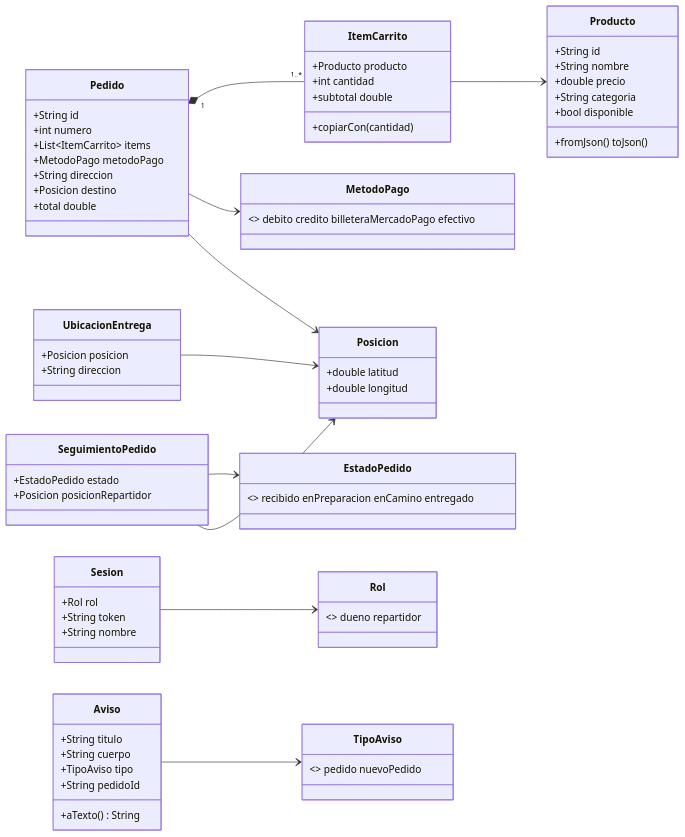
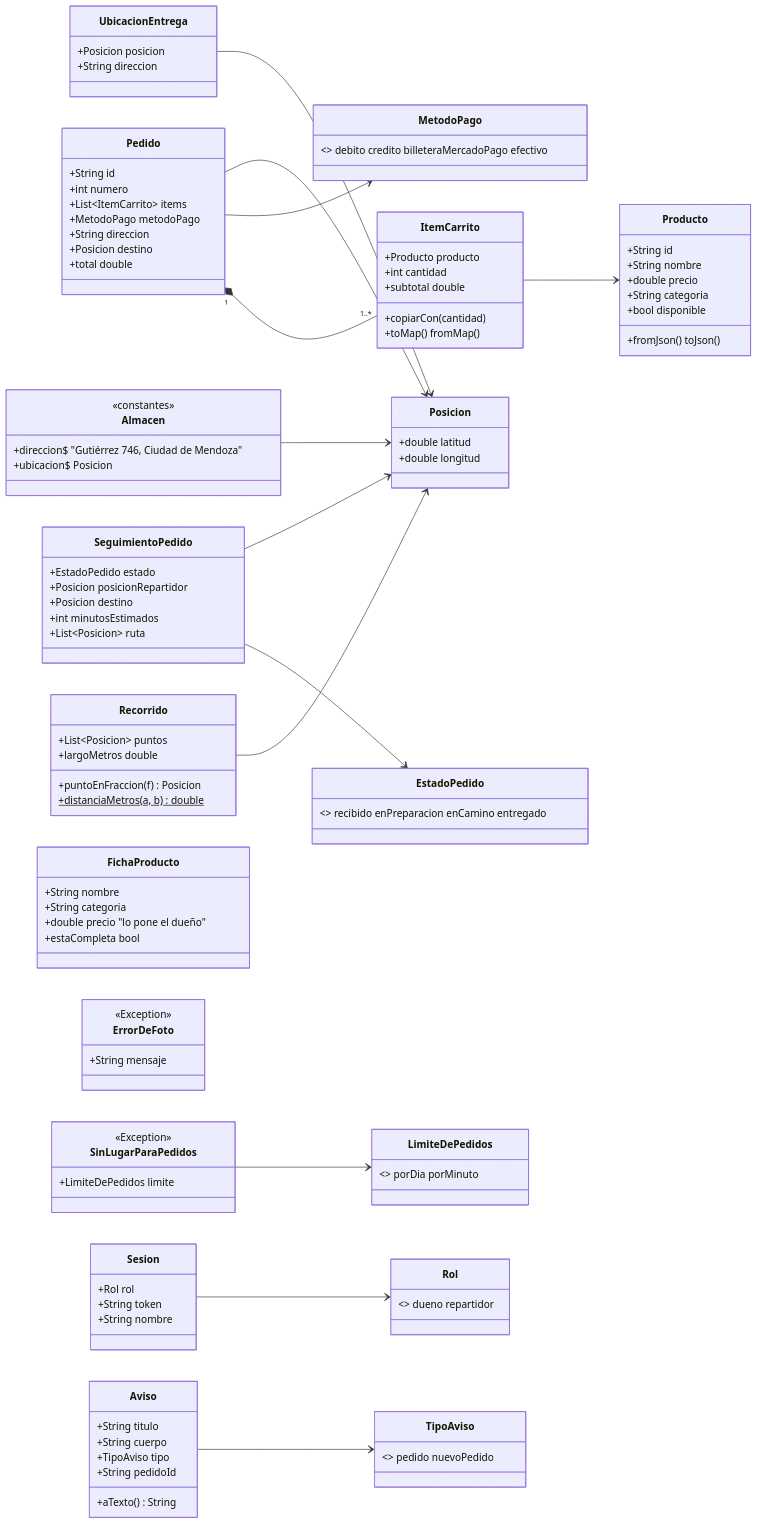
Before and after one commit to ZogeGBR/ProgAppCelu: the third of 9 diagrams in docs/ARQUITECTURA.md, drawn with Mermaid. The commit also changed other lines of this file and 18 other files, not shown here.

```diff
--- a/docs/ARQUITECTURA.md
+++ b/docs/ARQUITECTURA.md
@@ -295,6 +355,7 @@
       +int cantidad
       +subtotal double
       +copiarCon(cantidad)
+      +toMap() fromMap()
     }
     class Pedido {
       +String id
@@ -316,7 +377,39 @@
     class SeguimientoPedido {
       +EstadoPedido estado
       +Posicion posicionRepartidor
+      +Posicion destino
+      +int minutosEstimados
+      +List~Posicion~ ruta
     }
+    class Recorrido {
+      +List~Posicion~ puntos
+      +largoMetros double
+      +puntoEnFraccion(f) Posicion
+      +distanciaMetros(a, b)$ double
+    }
+    class Almacen {
+      <<constantes>>
+      +direccion$ "Gutiérrez 746, Ciudad de Mendoza"
+      +ubicacion$ Posicion
+    }
+    class FichaProducto {
+      +String nombre
+      +String categoria
+      +double precio "lo pone el dueño"
+      +estaCompleta bool
+    }
+    class ErrorDeFoto {
+      <<Exception>>
+      +String mensaje
+    }
+    class LimiteDePedidos {<<enum>> porDia porMinuto}
+    class SinLugarParaPedidos {
+      <<Exception>>
+      +LimiteDePedidos limite
+    }
+    SinLugarParaPedidos --> LimiteDePedidos
+    Recorrido --> Posicion
+    Almacen --> Posicion
     class Sesion {
       +Rol rol
       +String token
```
